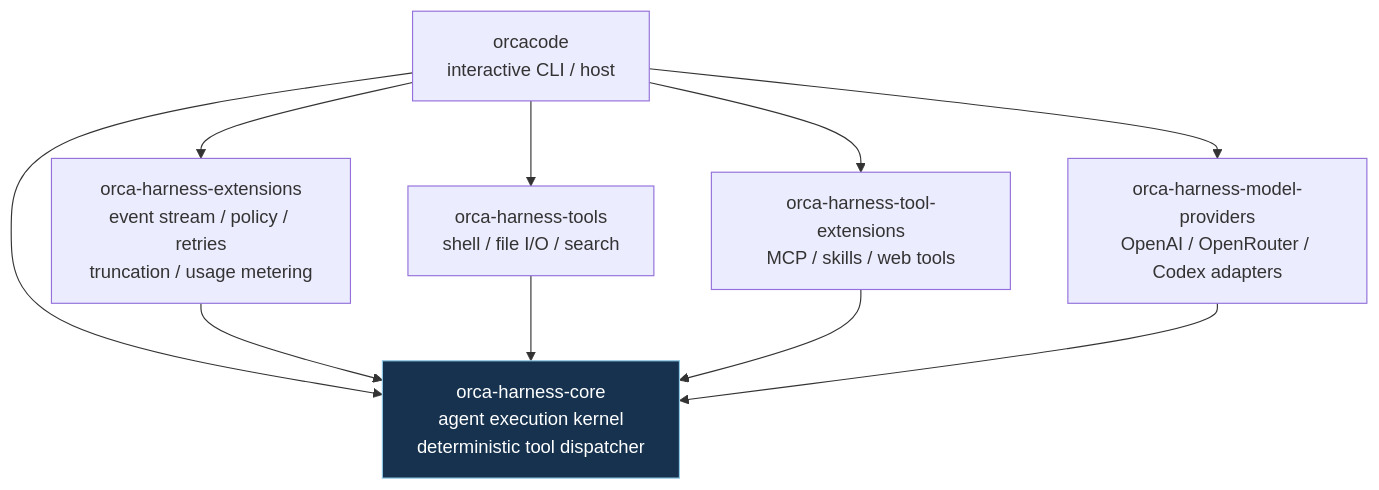
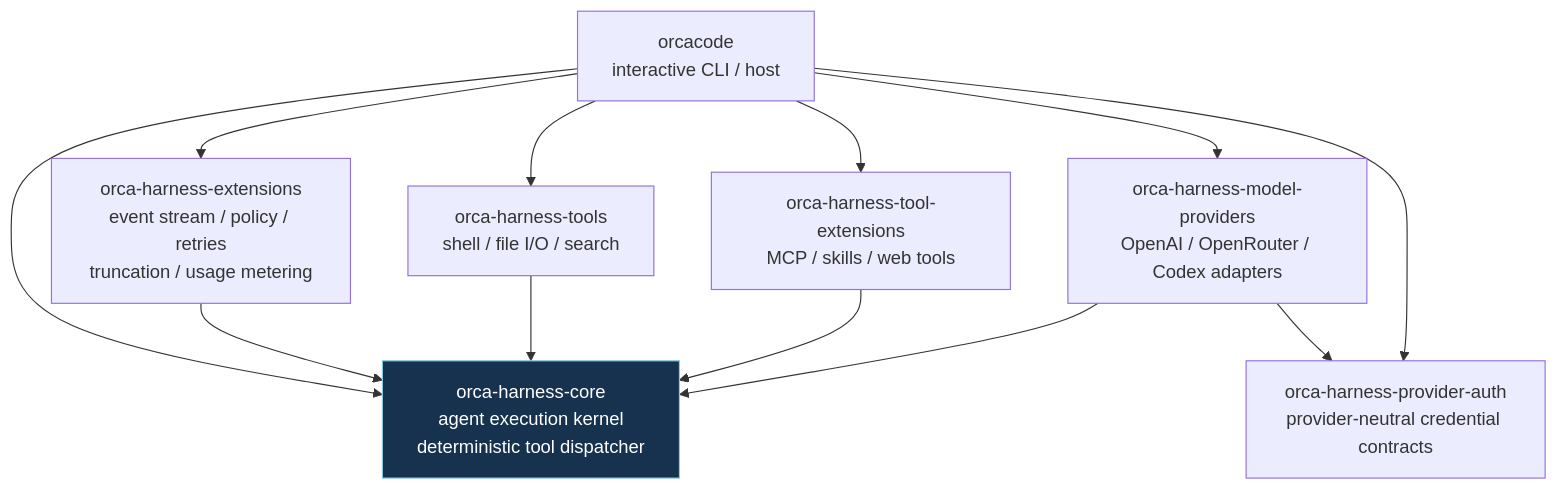
The diagram in docs/crate-diagram.md (okikorg/orca-harness), drawn with Mermaid before and after one commit. The commit also changed other lines of this file and 60 other files, not shown here.

````diff
--- a/docs/crate-diagram.md
+++ b/docs/crate-diagram.md
@@ -5,23 +5,26 @@
 ```mermaid
 flowchart TD
     CLI[orcacode\ninteractive CLI / host]
     CORE[orca-harness-core\nagent execution kernel\ndeterministic tool dispatcher]
     EXT[orca-harness-extensions\nevent stream / policy / retries\ntruncation / usage metering]
     TOOLS[orca-harness-tools\nshell / file I/O / search]
     TOOL_EXT[orca-harness-tool-extensions\nMCP / skills / web tools]
     MODELS[orca-harness-model-providers\nOpenAI / OpenRouter / Codex adapters]
+    AUTH[orca-harness-provider-auth\nprovider-neutral credential contracts]
 
     CLI --> CORE
     CLI --> EXT
     CLI --> TOOLS
     CLI --> TOOL_EXT
     CLI --> MODELS
+    CLI --> AUTH
 
     EXT --> CORE
     TOOLS --> CORE
     TOOL_EXT --> CORE
     MODELS --> CORE
+    MODELS --> AUTH
 
     classDef kernel fill:#16324f,stroke:#8ecae6,color:#fff
     class CORE kernel
 ```
````
